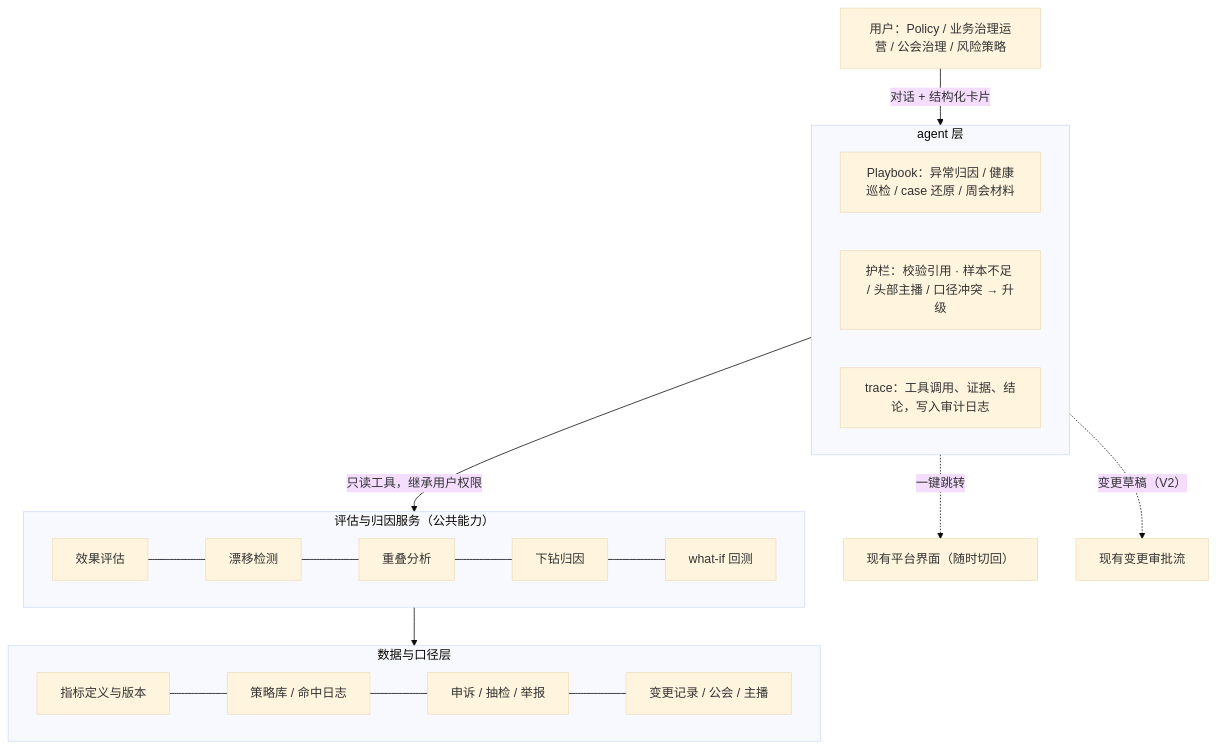
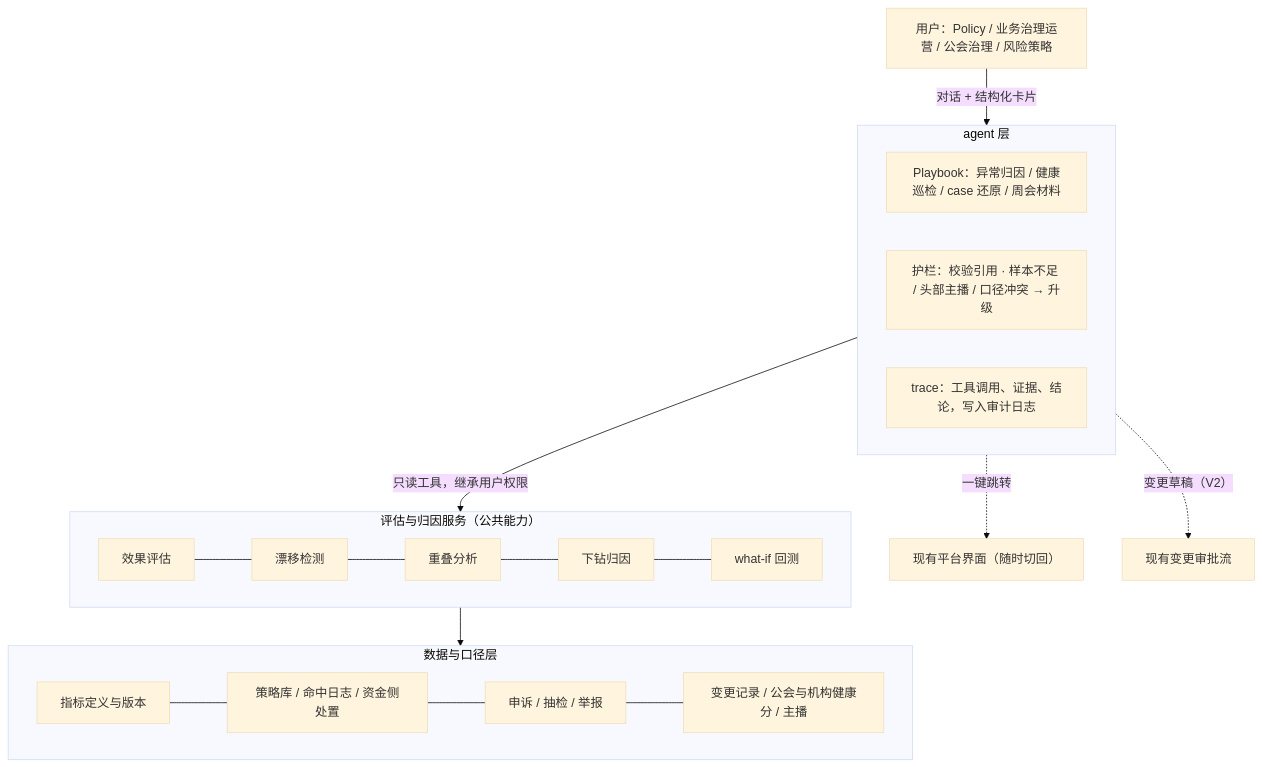
One commit to dekunsun/live-governance-agent changed the first of 3 diagrams in docs/PRD.md. Above: the diagram before and after it, drawn with Mermaid (base theme). The commit also changed other lines of this file and 25 other files, not shown here.

````diff
--- a/docs/PRD.md
+++ b/docs/PRD.md
@@ -95,21 +96,21 @@
 ```mermaid
 flowchart TB
     U["用户：Policy / 业务治理运营 / 公会治理 / 风险策略"]
     subgraph A["agent 层"]
         PB["Playbook：异常归因 / 健康巡检 / case 还原 / 周会材料"]
         GR["护栏：校验引用 · 样本不足 / 头部主播 / 口径冲突 → 升级"]
         TR["trace：工具调用、证据、结论，写入审计日志"]
     end
     subgraph S["评估与归因服务（公共能力）"]
         E1["效果评估"] --- E2["漂移检测"] --- E3["重叠分析"] --- E4["下钻归因"] --- E5["what-if 回测"]
     end
     subgraph D["数据与口径层"]
-        D1["指标定义与版本"] --- D2["策略库 / 命中日志"] --- D3["申诉 / 抽检 / 举报"] --- D4["变更记录 / 公会 / 主播"]
+        D1["指标定义与版本"] --- D2["策略库 / 命中日志 / 资金侧处置"] --- D3["申诉 / 抽检 / 举报"] --- D4["变更记录 / 公会与机构健康分 / 主播"]
     end
     P["现有平台界面（随时切回）"]
     AP["现有变更审批流"]
     U -- "对话 + 结构化卡片" --> A
     A -- "只读工具，继承用户权限" --> S --> D
     A -. "一键跳转" .-> P
     A -. "变更草稿（V2）" .-> AP
 ```
````
